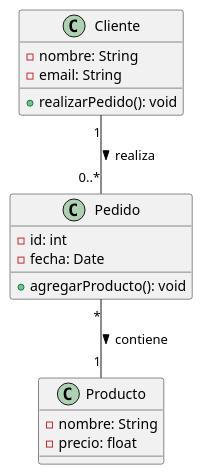
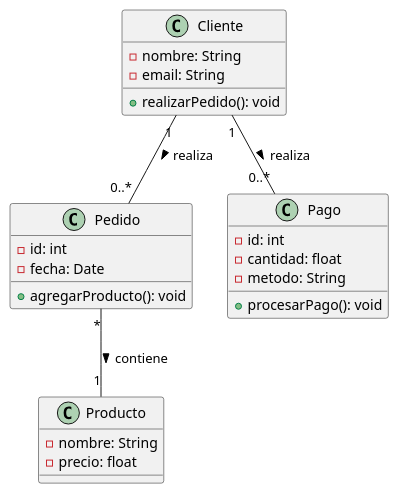
Before and after one commit to cristoge/ejemplo_uml: the diagram in uml/diagrama.puml, drawn with PlantUML. The commit also changed 3 other files, not shown here.

```diff
--- a/uml/diagrama.puml
+++ b/uml/diagrama.puml
@@ -1,23 +1,31 @@
 @startuml Clientes
 
 class Cliente {
     - nombre: String
     - email: String
     + realizarPedido(): void
 }
 
 class Pedido {
     - id: int
     - fecha: Date
     + agregarProducto(): void
 }
 
 class Producto {
     - nombre: String
     - precio: float
 }
 
+class Pago {
+    - id: int
+    - cantidad: float
+    - metodo: String
+    + procesarPago(): void
+}
+
 Cliente "1" -- "0..*" Pedido : realiza >
 Pedido "*" -- "1" Producto : contiene >
+Cliente "1" -- "0..*" Pago : realiza >
 
 @enduml
```
